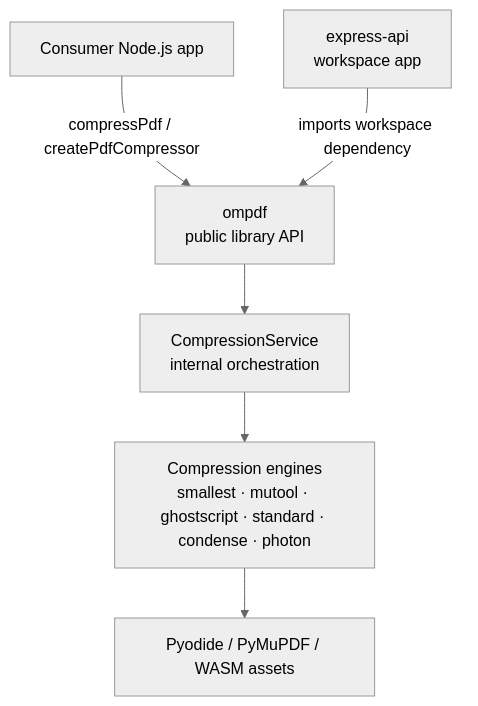
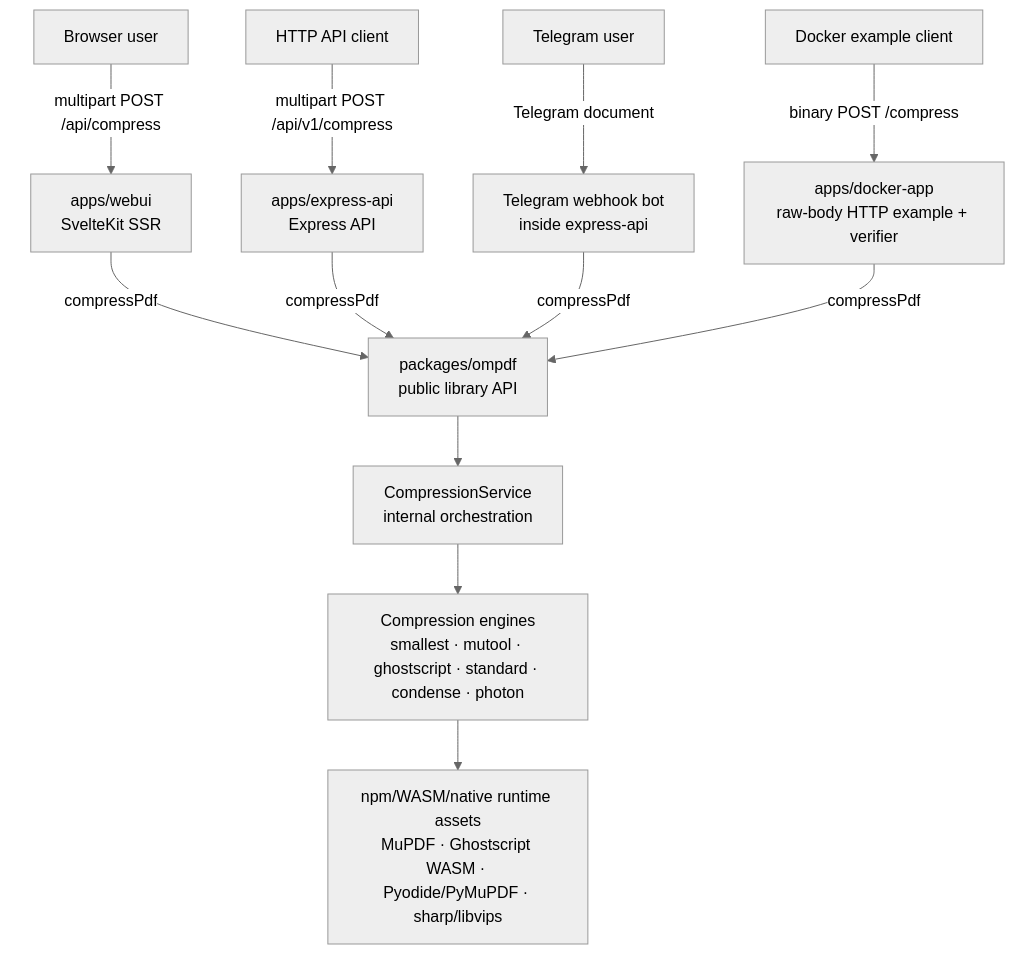
One commit to mqnoy/ompdf changed the first of 5 diagrams in ARCHITECTURE.md. Above: the diagram before and after it, drawn with Mermaid (neutral theme). The commit also changed other lines of this file and 12 other files, not shown here.

First line of the commit message:
feat(compression): add Docker verification app

````diff
--- a/ARCHITECTURE.md
+++ b/ARCHITECTURE.md
@@ -7,15 +11,29 @@
 ```mermaid
 graph TB
-    Consumer["Consumer Node.js app"]
-    Library["ompdf\npublic library API"]
-    Api["express-api\nworkspace app"]
+    User["Browser user"]
+    TelegramUser["Telegram user"]
+    ApiClient["HTTP API client"]
+    DockerClient["Docker example client"]
+
+    WebUI["apps/webui\nSvelteKit SSR"]
+    Express["apps/express-api\nExpress API"]
+    Telegram["Telegram webhook bot\ninside express-api"]
+    DockerApp["apps/docker-app\nraw-body HTTP example + verifier"]
+    Library["packages/ompdf\npublic library API"]
     Service["CompressionService\ninternal orchestration"]
     Engines["Compression engines\nsmallest · mutool · ghostscript · standard · condense · photon"]
-    Assets["Pyodide / PyMuPDF / WASM assets"]
+    Assets["npm/WASM/native runtime assets\nMuPDF · Ghostscript WASM · Pyodide/PyMuPDF · sharp/libvips"]
 
-    Consumer -->|compressPdf / createPdfCompressor| Library
-    Api -->|imports workspace dependency| Library
+    User -->|multipart POST /api/compress| WebUI
+    ApiClient -->|multipart POST /api/v1/compress| Express
+    TelegramUser -->|Telegram document| Telegram
+    DockerClient -->|binary POST /compress| DockerApp
+
+    WebUI -->|compressPdf| Library
+    Express -->|compressPdf| Library
+    Telegram -->|compressPdf| Library
+    DockerApp -->|compressPdf| Library
     Library --> Service
     Service --> Engines
     Engines --> Assets
 ```
````
